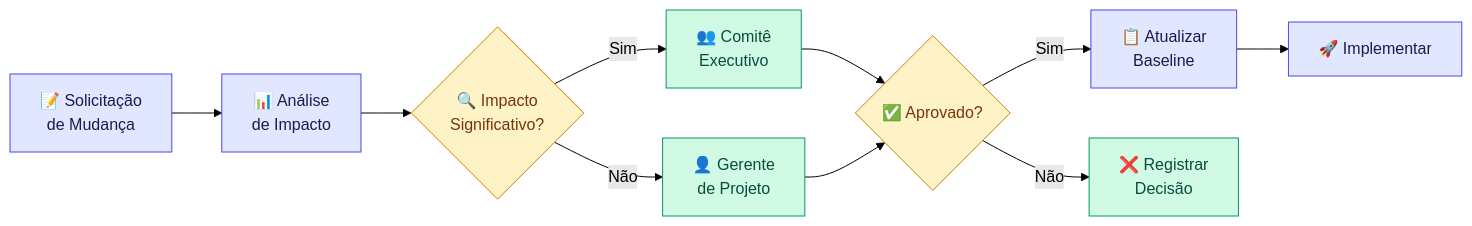
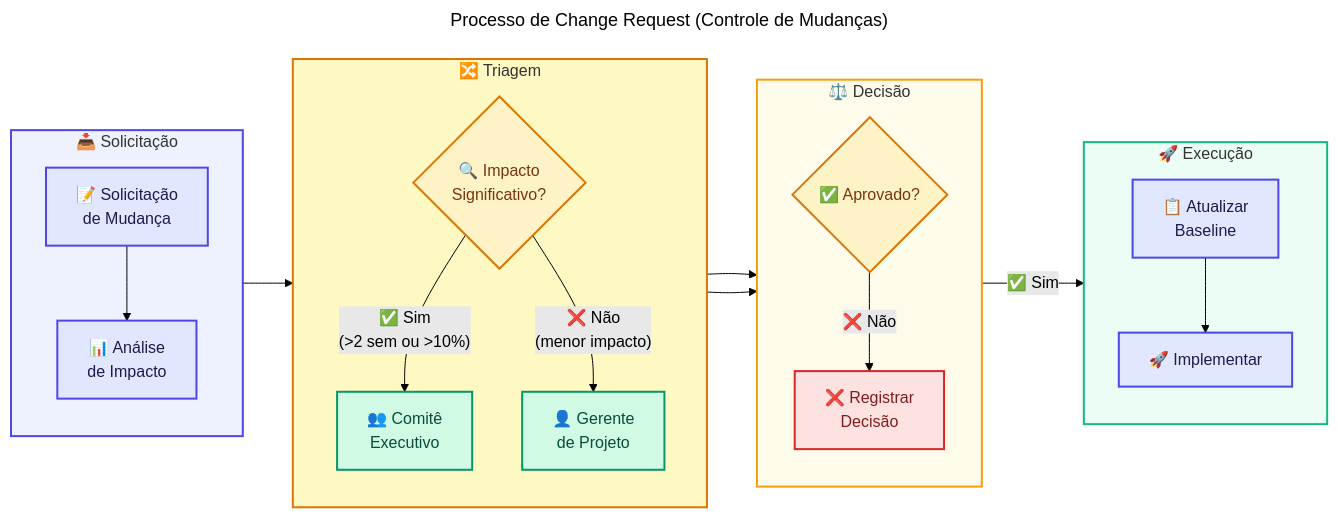
Before and after one commit to Evilazaro/Azure-LogicApps-Monitoring: the eighth of 9 diagrams in docs/planoProjetoModernizacao.md, drawn with Mermaid (forest theme). The commit also changed other lines of this file, not shown here.

````diff
--- a/docs/planoProjetoModernizacao.md
+++ b/docs/planoProjetoModernizacao.md
@@ -1113,20 +1252,84 @@
 ```mermaid
+---
+title: "Processo de Change Request (Controle de Mudanças)"
+---
 flowchart LR
-    A["📝 Solicitação\nde Mudança"] --> B["📊 Análise\nde Impacto"]
-    B --> C{"🔍 Impacto\nSignificativo?"}
-    C -->|"Sim"| D["👥 Comitê\nExecutivo"]
-    C -->|"Não"| E["👤 Gerente\nde Projeto"]
-    D --> F{"✅ Aprovado?"}
+    %% ═══════════════════════════════════════════════════════════════
+    %% PROCESSO DE CHANGE REQUEST
+    %% PROPÓSITO: Documentar o fluxo de avaliação, aprovação e
+    %%            implementação de mudanças no projeto
+    %% GOVERNANÇA: Mudanças seguem controle formal com critérios
+    %% ═══════════════════════════════════════════════════════════════
+
+    %% ───────────────────────────────────────────────────────────────
+    %% FASE 1: Solicitação e Análise
+    %% ───────────────────────────────────────────────────────────────
+    subgraph solicitacao ["📥 Solicitação"]
+        direction TB
+        A["📝 Solicitação\nde Mudança"]
+        B["📊 Análise\nde Impacto"]
+        A --> B
+    end
+
+    %% ───────────────────────────────────────────────────────────────
+    %% FASE 2: Triagem e Roteamento
+    %% ───────────────────────────────────────────────────────────────
+    subgraph triagem ["🔀 Triagem"]
+        direction TB
+        C{"🔍 Impacto\nSignificativo?"}
+        D["👥 Comitê\nExecutivo"]
+        E["👤 Gerente\nde Projeto"]
+        C -->|"✅ Sim\n(>2 sem ou >10%)"| D
+        C -->|"❌ Não\n(menor impacto)"| E
+    end
+
+    %% ───────────────────────────────────────────────────────────────
+    %% FASE 3: Decisão
+    %% ───────────────────────────────────────────────────────────────
+    subgraph decisao ["⚖️ Decisão"]
+        direction TB
+        F{"✅ Aprovado?"}
+        H["❌ Registrar\nDecisão"]
+        F -->|"❌ Não"| H
+    end
+
+    %% ───────────────────────────────────────────────────────────────
+    %% FASE 4: Execução
+    %% ───────────────────────────────────────────────────────────────
+    subgraph execucao ["🚀 Execução"]
+        direction TB
+        G["📋 Atualizar\nBaseline"]
+        I["🚀 Implementar"]
+        G --> I
+    end
+
+    %% ───────────────────────────────────────────────────────────────
+    %% CONEXÕES ENTRE FASES
+    %% ───────────────────────────────────────────────────────────────
+    solicitacao --> triagem
+    D --> F
     E --> F
-    F -->|"Sim"| G["📋 Atualizar\nBaseline"]
-    F -->|"Não"| H["❌ Registrar\nDecisão"]
-    G --> I["🚀 Implementar"]
+    F -->|"✅ Sim"| execucao
 
-    classDef process fill:#E0E7FF,stroke:#4F46E5,color:#1E1B4B
-    classDef decision fill:#FEF3C7,stroke:#D97706,color:#78350F
-    classDef action fill:#D1FAE5,stroke:#059669,color:#064E3B
+    %% ═══════════════════════════════════════════════════════════════
+    %% ESTILOS: Paleta de cores por tipo de elemento
+    %% - Indigo (#E0E7FF): Processos/Ações
+    %% - Amber (#FEF3C7): Pontos de decisão
+    %% - Emerald (#D1FAE5): Ações de resultado
+    %% ═══════════════════════════════════════════════════════════════
+    classDef process fill:#E0E7FF,stroke:#4F46E5,color:#1E1B4B,stroke-width:2px
+    classDef decision fill:#FEF3C7,stroke:#D97706,color:#78350F,stroke-width:2px
+    classDef action fill:#D1FAE5,stroke:#059669,color:#064E3B,stroke-width:2px
+    classDef rejected fill:#FEE2E2,stroke:#DC2626,color:#7F1D1D,stroke-width:2px
 
     class A,B,G,I process
     class C,F decision
-    class D,E,H action
+    class D,E action
+    class H rejected
+
+    %% Estilo dos subgraphs
+    style solicitacao fill:#EEF2FF,stroke:#4F46E5,stroke-width:2px
+    style triagem fill:#FEF9C3,stroke:#D97706,stroke-width:2px
+    style decisao fill:#FFFBEB,stroke:#F59E0B,stroke-width:2px
+    style execucao fill:#ECFDF5,stroke:#10B981,stroke-width:2px
 ```
````
